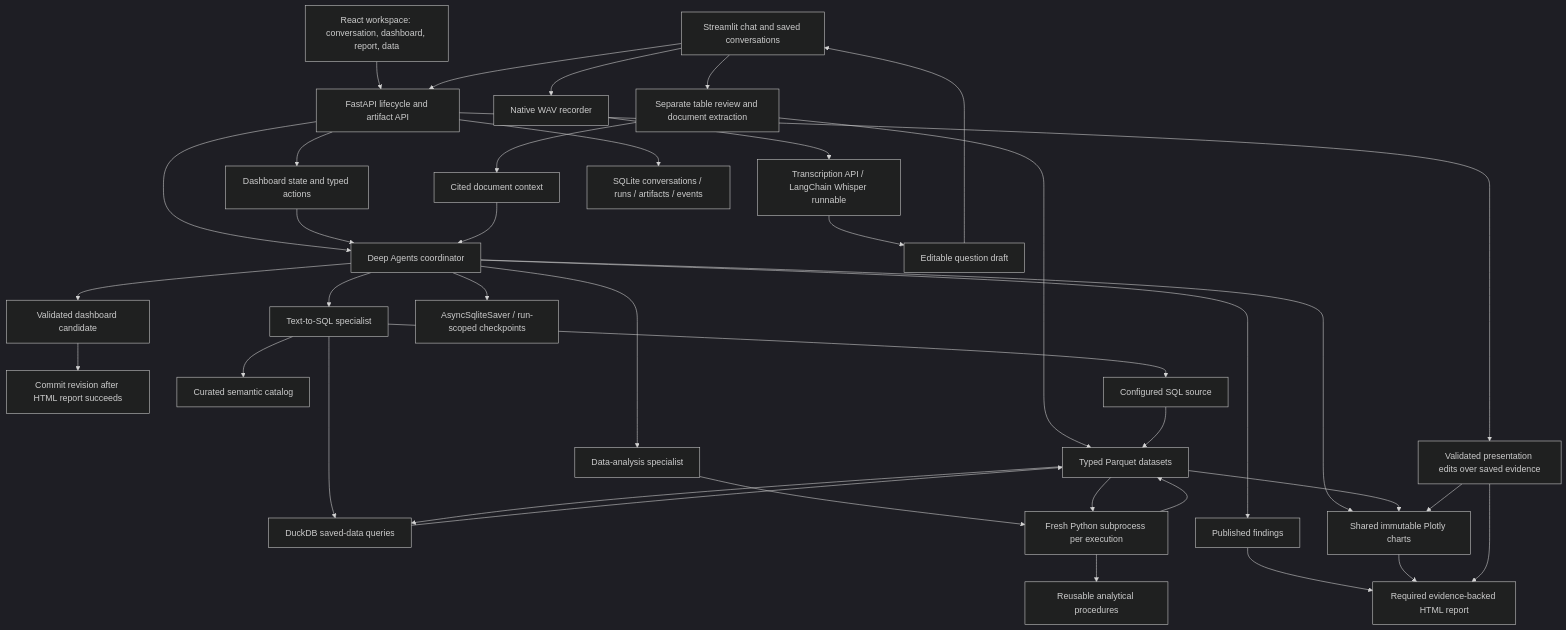
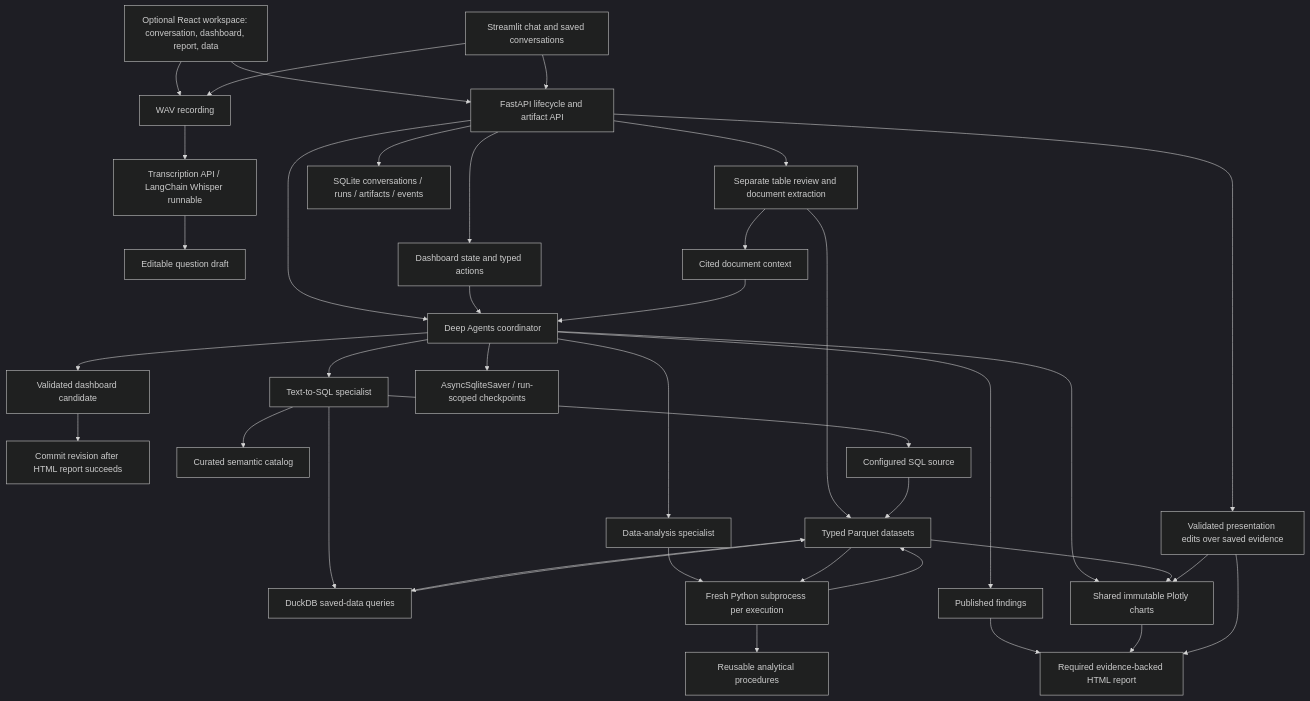
Before and after one commit to lizequnwz/deepagents-agents: the diagram in data-analytics-agent/doc/development/architecture.md, drawn with Mermaid (dark theme). The commit also changed other lines of this file and 109 other files, not shown here.

````diff
--- a/data-analytics-agent/doc/development/architecture.md
+++ b/data-analytics-agent/doc/development/architecture.md
@@ -3,40 +3,40 @@
 ```mermaid
 flowchart TD
-    React[React workspace: conversation, dashboard, report, data] --> API
+    React[Optional React workspace: conversation, dashboard, report, data] --> API
     UI[Streamlit chat and saved conversations] --> API[FastAPI lifecycle and artifact API]
     API --> C[Deep Agents coordinator]
-    UI --> Voice[Native WAV recorder]
+    React --> Voice[WAV recording]
+    UI --> Voice
     Voice --> STT[Transcription API / LangChain Whisper runnable]
     STT --> Draft[Editable question draft]
-    Draft --> UI
     API --> Edit[Validated presentation edits over saved evidence]
     API --> Dash[Dashboard state and typed actions]
     Dash --> C
     C --> DashSpec[Validated dashboard candidate]
     DashSpec --> Commit[Commit revision after HTML report succeeds]
     C --> S[Text-to-SQL specialist]
     C --> P[Data-analysis specialist]
     S --> OSI[Curated semantic catalog]
     S --> Source[Configured SQL source]
     S --> Duck[DuckDB saved-data queries]
     P --> Py[Fresh Python subprocess per execution]
     Py --> Methods[Reusable analytical procedures]
-    UI --> Intake[Separate table review and document extraction]
+    API --> Intake[Separate table review and document extraction]
     Intake --> D
     Intake --> Docs[Cited document context]
     Docs --> C
     Source --> D[Typed Parquet datasets]
     Duck --> D
     D --> Duck
     D --> Py
     Py --> D
     C --> Chart[Shared immutable Plotly charts]
     D --> Chart
     C --> Findings[Published findings]
     Findings --> Report[Required evidence-backed HTML report]
     Chart --> Report
     Edit --> Chart
     Edit --> Report
     API --> Metadata[SQLite conversations / runs / artifacts / events]
     C --> Checkpoints[AsyncSqliteSaver / run-scoped checkpoints]
 ```
````
